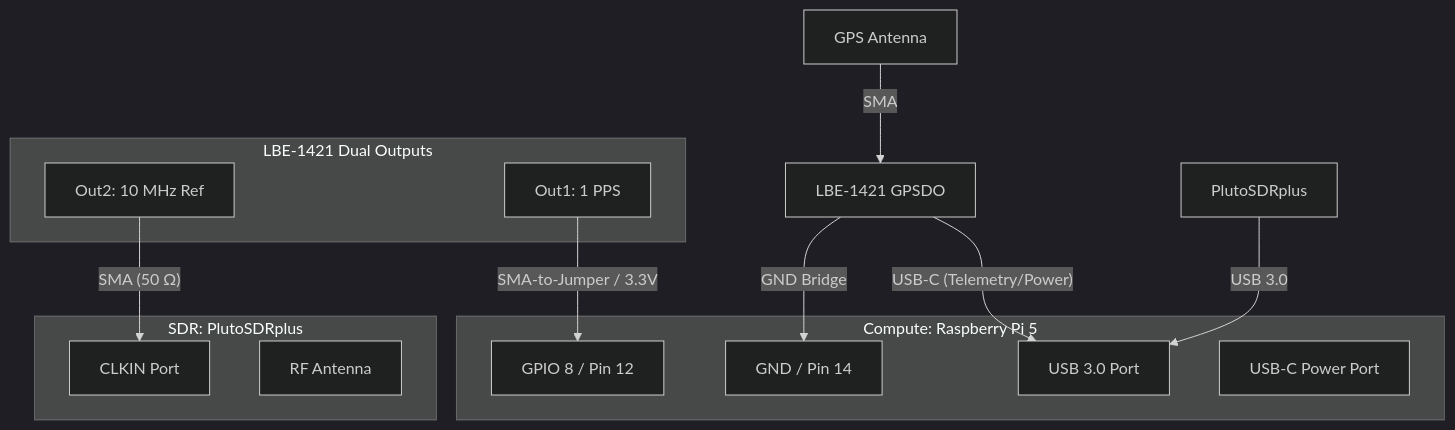
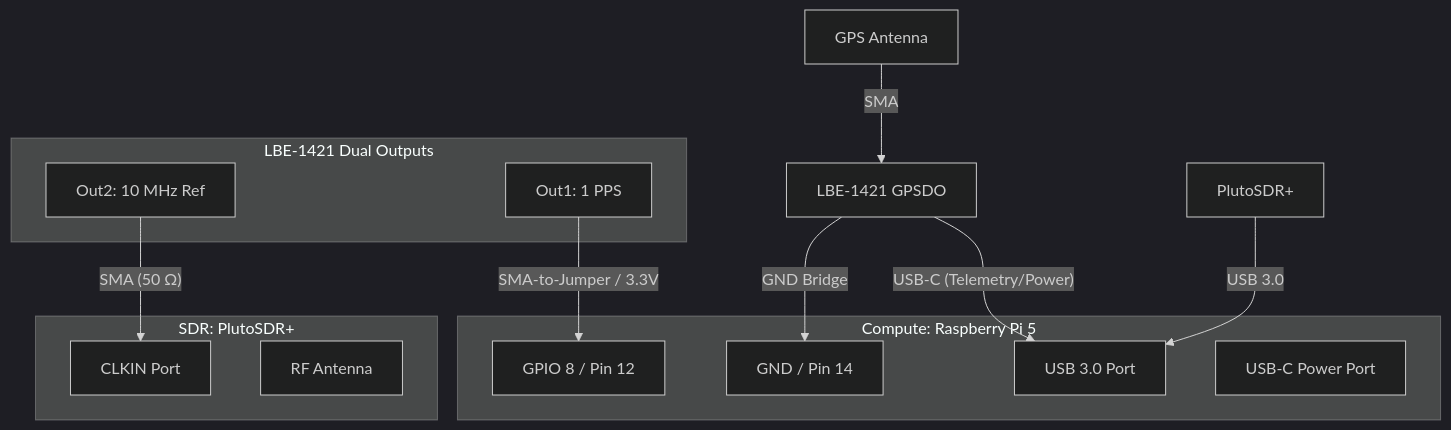
One commit to DynoGator/dslv-zpdi changed the diagram in docs/LBE-1421_WIRING.md. Above: the diagram before and after it, drawn with Mermaid (dark theme). The commit also changed other lines of this file and 25 other files, not shown here.

````diff
--- a/docs/LBE-1421_WIRING.md
+++ b/docs/LBE-1421_WIRING.md
@@ -8,27 +8,27 @@
 ```mermaid
 graph TD
     GPS[GPS Antenna] -- SMA --> LBE[LBE-1421 GPSDO]
     
     subgraph "LBE-1421 Dual Outputs"
         Out1[Out1: 1 PPS]
         Out2[Out2: 10 MHz Ref]
     end
     
-    subgraph "SDR: PlutoSDRplus"
+    subgraph "SDR: PlutoSDR+"
         CLKIN[CLKIN Port]
         ANT[RF Antenna]
     end
     
     subgraph "Compute: Raspberry Pi 5"
         GPIO18[GPIO 8 / Pin 12]
         GND[GND / Pin 14]
         USB3[USB 3.0 Port]
         USBC_PWR[USB-C Power Port]
     end
     
     Out2 -- "SMA (50 Ω)" --> CLKIN
     Out1 -- "SMA-to-Jumper / 3.3V" --> GPIO18
     LBE -- "GND Bridge" --> GND
     LBE -- "USB-C (Telemetry/Power)" --> USB3
-    PlutoSDRplus -- "USB 3.0" --> USB3
+    PlutoSDR+ -- "USB 3.0" --> USB3
 ```
````
